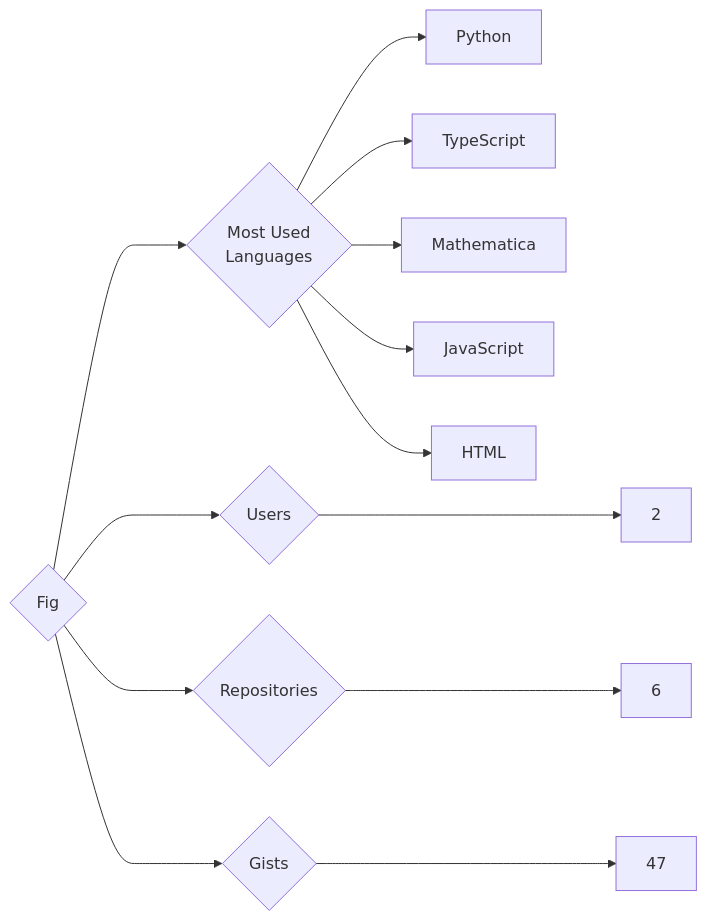
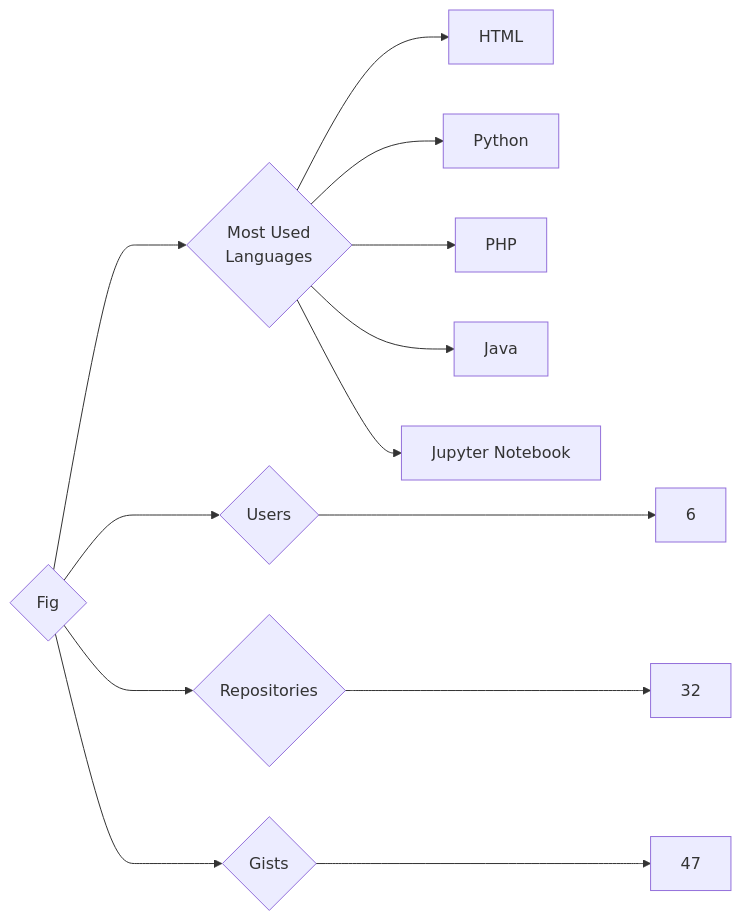
One commit to trickest/insiders changed the diagram in targets/Fig/README.md. Above: the diagram before and after it, drawn with Mermaid. The commit also changed 718 other files, not shown here.

````diff
--- a/targets/Fig/README.md
+++ b/targets/Fig/README.md
@@ -3,13 +3,13 @@
 ```mermaid
 graph LR
 COMPANY_NAME{Fig}
-COMPANY_NAME ---> U{Users} ---> UN[2]
-COMPANY_NAME ---> R{Repositories} ---> RN[6]
+COMPANY_NAME ---> U{Users} ---> UN[6]
+COMPANY_NAME ---> R{Repositories} ---> RN[32]
 COMPANY_NAME ---> G{Gists} ---> GN[47]
 COMPANY_NAME ---> ML{Most Used<br>Languages}
+ML --> HTML[HTML]
 ML --> Python[Python]
-ML --> TypeScript[TypeScript]
-ML --> Mathematica[Mathematica]
-ML --> JavaScript[JavaScript]
-ML --> HTML[HTML]
+ML --> PHP[PHP]
+ML --> Java[Java]
+ML --> Jupyter_Notebook[Jupyter Notebook]
 ```
````
